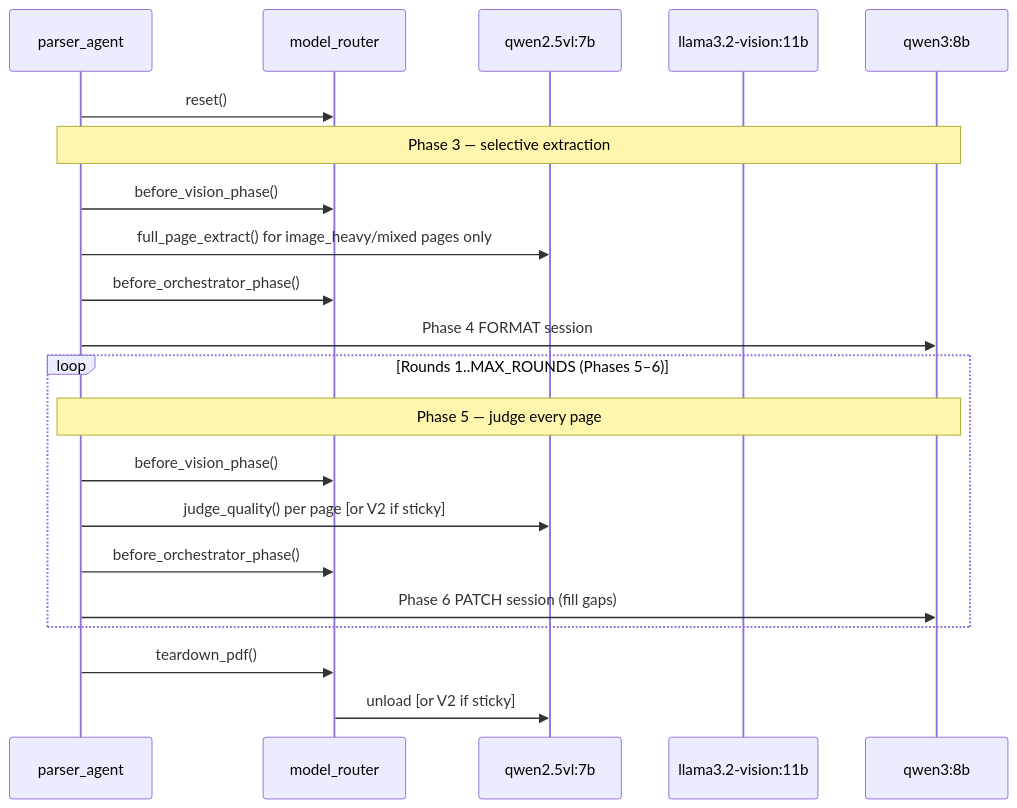
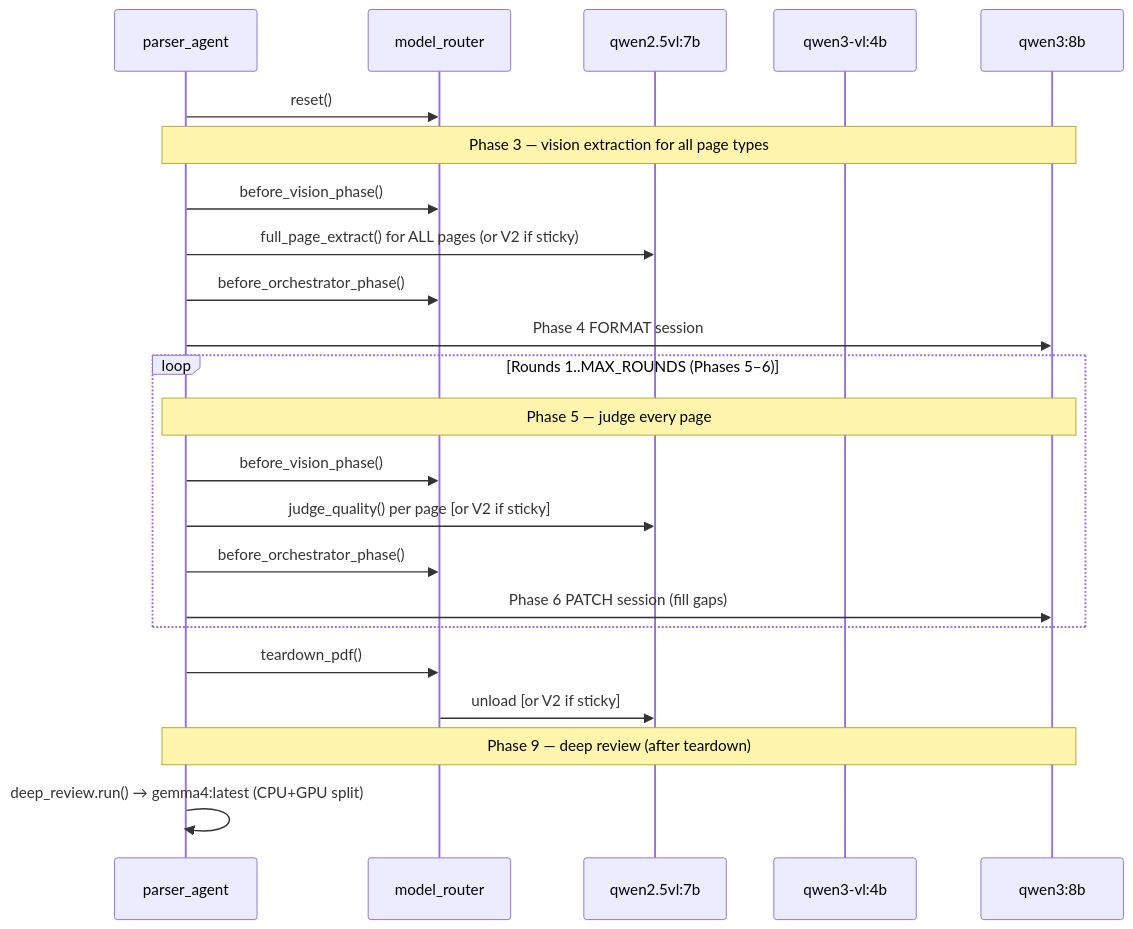
The third of 6 diagrams in docs/ARCHITECTURE.md (prashanth-ds-ml/cloak), drawn with Mermaid before and after one commit. The commit also changed other lines of this file and 11 other files, not shown here.

````diff
--- a/docs/ARCHITECTURE.md
+++ b/docs/ARCHITECTURE.md
@@ -112,26 +118,28 @@
 ```mermaid
 sequenceDiagram
     participant A as parser_agent
     participant R as model_router
     participant V1 as qwen2.5vl:7b
-    participant V2 as llama3.2-vision:11b
+    participant V2 as qwen3-vl:4b
     participant O as qwen3:8b
 
     A->>R: reset()
-    Note over A,O: Phase 3 — selective extraction
+    Note over A,O: Phase 3 — vision extraction for all page types
     A->>R: before_vision_phase()
-    A->>V1: full_page_extract() for image_heavy/mixed pages only
+    A->>V1: full_page_extract() for ALL pages (or V2 if sticky)
     A->>R: before_orchestrator_phase()
     A->>O: Phase 4 FORMAT session
 
     loop Rounds 1..MAX_ROUNDS (Phases 5–6)
         Note over A,O: Phase 5 — judge every page
         A->>R: before_vision_phase()
         A->>V1: judge_quality() per page [or V2 if sticky]
         A->>R: before_orchestrator_phase()
         A->>O: Phase 6 PATCH session (fill gaps)
     end
 
     A->>R: teardown_pdf()
     R->>V1: unload [or V2 if sticky]
+    Note over A,O: Phase 9 — deep review (after teardown)
+    A->>A: deep_review.run() → gemma4:latest (CPU+GPU split)
 ```
````
